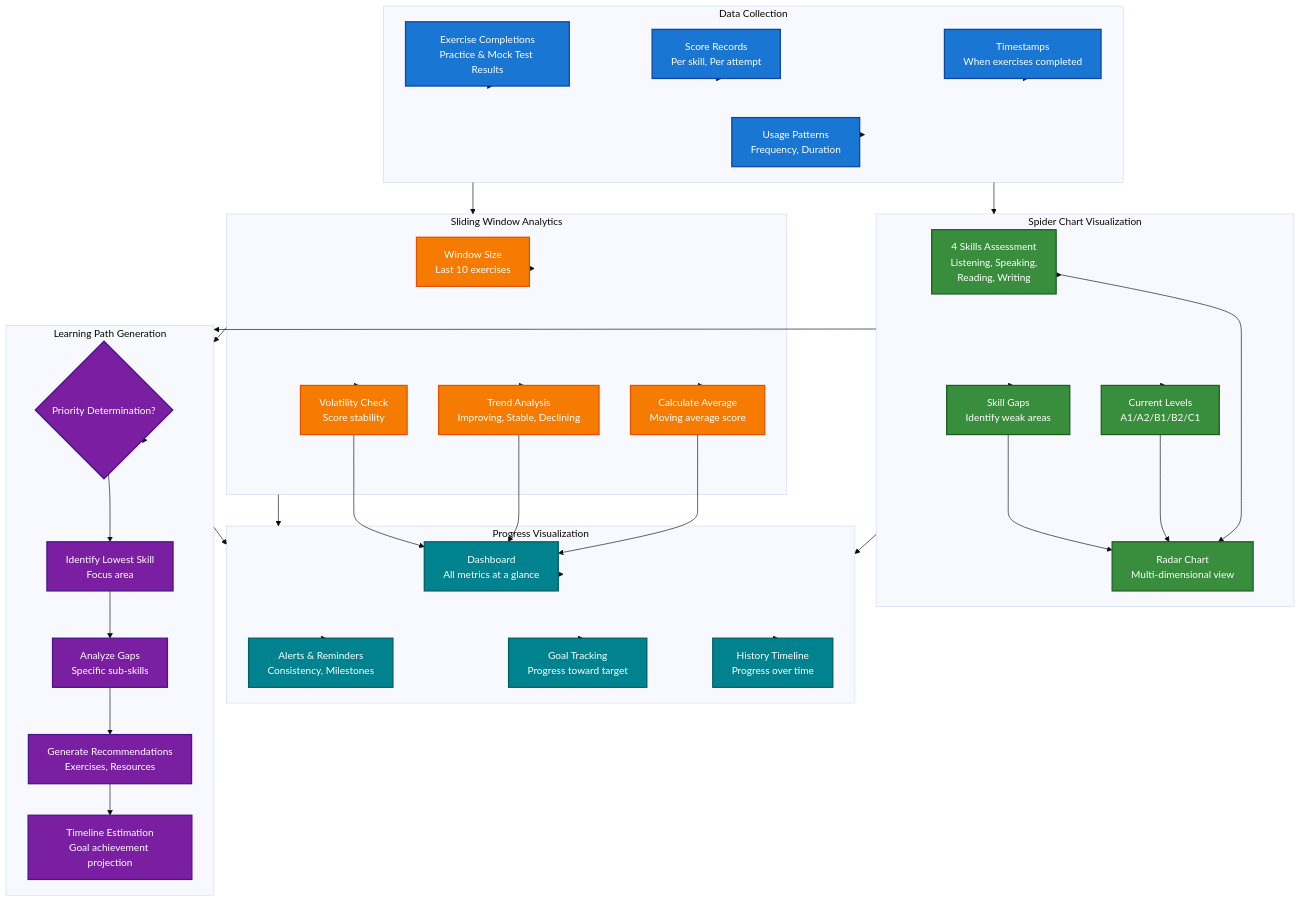
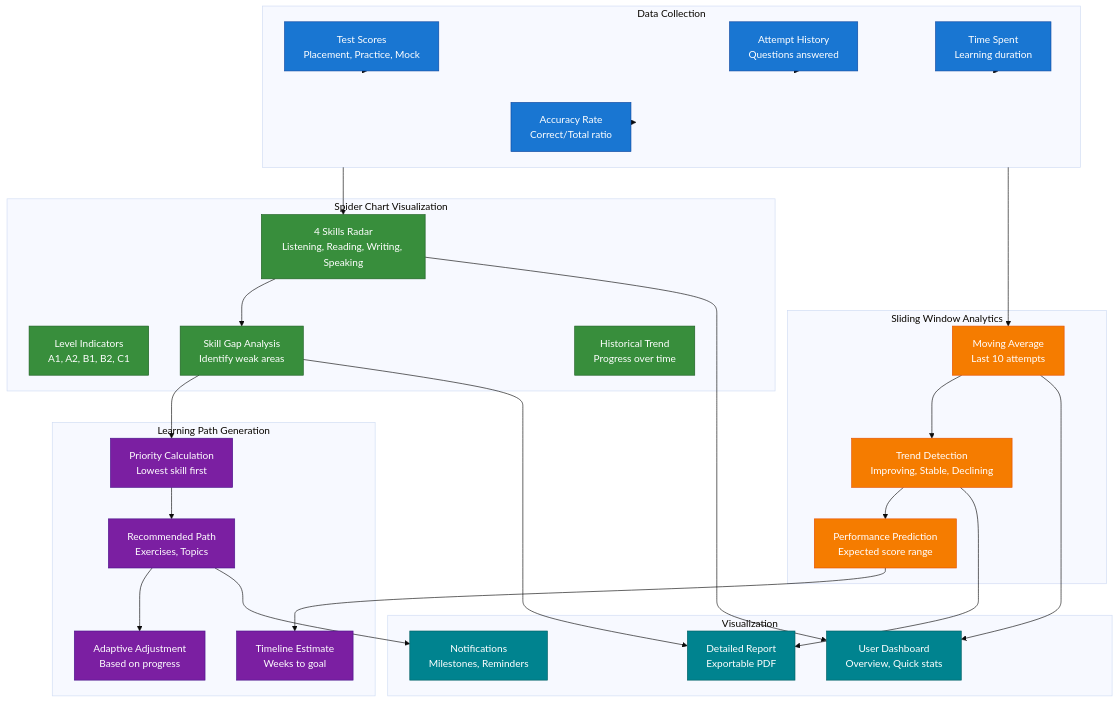
One commit to nghyane/VSTEP changed the seventh of 8 diagrams in docs/capstone/diagrams/flow-diagrams.md. Above: the diagram before and after it, drawn with Mermaid (base theme). The commit also changed other lines of this file and 1 other file, not shown here.

First line of the commit message:
docs: split flow diagrams into English and Vietnamese versions

````diff
--- a/docs/capstone/diagrams/flow-diagrams.md
+++ b/docs/capstone/diagrams/flow-diagrams.md
@@ -513,93 +409,66 @@
 ```mermaid
 flowchart TB
-    subgraph DataCollection["Data Collection"]
-        exercises["Exercise Completions<br/>Practice & Mock Test Results"]
-        scores["Score Records<br/>Per skill, Per attempt"]
-        timestamps["Timestamps<br/>When exercises completed"]
-        patterns["Usage Patterns<br/>Frequency, Duration"]
+    subgraph DataCollection ["Data Collection"]
+        Scores["Test Scores<br/>Placement, Practice, Mock"]
+        Attempts["Attempt History<br/>Questions answered"]
+        Time["Time Spent<br/>Learning duration"]
+        Accuracy["Accuracy Rate<br/>Correct/Total ratio"]
     end
 
-    subgraph SpiderChart["Spider Chart Visualization"]
-        skills["4 Skills Assessment<br/>Listening, Speaking,<br/>Reading, Writing"]
-        levels["Current Levels<br/>A1/A2/B1/B2/C1"]
-        gaps["Skill Gaps<br/>Identify weak areas"]
-        radar["Radar Chart<br/>Multi-dimensional view"]
+    subgraph SpiderChart ["Spider Chart Visualization"]
+        Skills["4 Skills Radar<br/>Listening, Reading, Writing, Speaking"]
+        Levels["Level Indicators<br/>A1, A2, B1, B2, C1"]
+        Gap["Skill Gap Analysis<br/>Identify weak areas"]
+        History["Historical Trend<br/>Progress over time"]
     end
 
-    subgraph SlidingWindow["Sliding Window Analytics"]
-        window["Window Size<br/>Last 10 exercises"]
-        average["Calculate Average<br/>Moving average score"]
-        trend["Trend Analysis<br/>Improving, Stable, Declining"]
-        volatility["Volatility Check<br/>Score stability"]
+    subgraph SlidingWindow ["Sliding Window Analytics"]
+        Window["Moving Average<br/>Last 10 attempts"]
+        Trend["Trend Detection<br/>Improving, Stable, Declining"]
+        Prediction["Performance Prediction<br/>Expected score range"]
     end
 
-    subgraph LearningPath["Learning Path Generation"]
-        priority{"Priority Determination?"}
-        lowestSkill["Identify Lowest Skill<br/>Focus area"]
-        gaps2["Analyze Gaps<br/>Specific sub-skills"]
-        recommend["Generate Recommendations<br/>Exercises, Resources"]
-        timeline["Timeline Estimation<br/>Goal achievement projection"]
+    subgraph LearningPath ["Learning Path Generation"]
+        Priority["Priority Calculation<br/>Lowest skill first"]
+        Path["Recommended Path<br/>Exercises, Topics"]
+        Timeline["Timeline Estimate<br/>Weeks to goal"]
+        Adjust["Adaptive Adjustment<br/>Based on progress"]
     end
 
-    subgraph Visualization["Progress Visualization"]
-        dashboard["Dashboard<br/>All metrics at a glance"]
-        history["History Timeline<br/>Progress over time"]
-        goals["Goal Tracking<br/>Progress toward target"]
-        alerts["Alerts & Reminders<br/>Consistency, Milestones"]
+    subgraph Visualization ["Visualization"]
+        Dashboard["User Dashboard<br/>Overview, Quick stats"]
+        Report["Detailed Report<br/>Exportable PDF"]
+        Notification["Notifications<br/>Milestones, Reminders"]
     end
 
-    %% Flow connections
-    exercises --> DataCollection
-    scores --> DataCollection
-    timestamps --> DataCollection
-    patterns --> DataCollection
-    
-    DataCollection --> SpiderChart
-    DataCollection --> SlidingWindow
-    
-    SpiderChart --> skills
-    SpiderChart --> levels
-    SpiderChart --> gaps
-    skills --> radar
-    levels --> radar
-    gaps --> radar
-    
-    SlidingWindow --> window
-    SlidingWindow --> average
-    SlidingWindow --> trend
-    SlidingWindow --> volatility
-    average --> dashboard
-    trend --> dashboard
-    volatility --> dashboard
-    
-    SpiderChart --> LearningPath
-    SlidingWindow --> LearningPath
-    
-    LearningPath --> priority
-    priority --> lowestSkill
-    lowestSkill --> gaps2
-    gaps2 --> recommend
-    recommend --> timeline
-    
-    SpiderChart --> Visualization
-    SlidingWindow --> Visualization
-    LearningPath --> Visualization
-    
-    Visualization --> dashboard
-    Visualization --> history
-    Visualization --> goals
-    Visualization --> alerts
+    Scores --> DataCollection
+    Attempts --> DataCollection
+    Time --> DataCollection
+    Accuracy --> DataCollection
+    DataCollection --> Skills
+    DataCollection --> Window
+    Skills --> Gap
+    Gap --> Priority
+    Window --> Trend
+    Trend --> Prediction
+    Priority --> Path
+    Prediction --> Timeline
+    Path --> Adjust
+    Skills --> Dashboard
+    Window --> Dashboard
+    Gap --> Report
+    Trend --> Report
+    Path --> Notification
 
-    %% Styling
-    classDef data fill:#1976d2,stroke:#0d47a1,stroke-width:2px,color:#fff
-    classDef spider fill:#388e3c,stroke:#1b5e20,stroke-width:2px,color:#fff
-    classDef sliding fill:#f57c00,stroke:#e65100,stroke-width:2px,color:#fff
-    classDef path fill:#7b1fa2,stroke:#4a148c,stroke-width:2px,color:#fff
-    classDef viz fill:#00838f,stroke:#006064,stroke-width:2px,color:#fff
+    classDef data fill:#1976d2,stroke:#0d47a1,color:#fff
+    classDef spider fill:#388e3c,stroke:#1b5e20,color:#fff
+    classDef sliding fill:#f57c00,stroke:#e65100,color:#fff
+    classDef path fill:#7b1fa2,stroke:#4a148c,color:#fff
+    classDef viz fill:#00838f,stroke:#006064,color:#fff
 
-    class exercises,scores,timestamps,patterns data
-    class skills,levels,gaps,radar spider
-    class window,average,trend,volatility sliding
-    class priority,lowestSkill,gaps2,recommend,timeline path
-    class dashboard,history,goals,alerts viz
+    class Scores,Attempts,Time,Accuracy data
+    class Skills,Levels,Gap,History spider
+    class Window,Trend,Prediction sliding
+    class Priority,Path,Timeline,Adjust path
+    class Dashboard,Report,Notification viz
 ```
````
